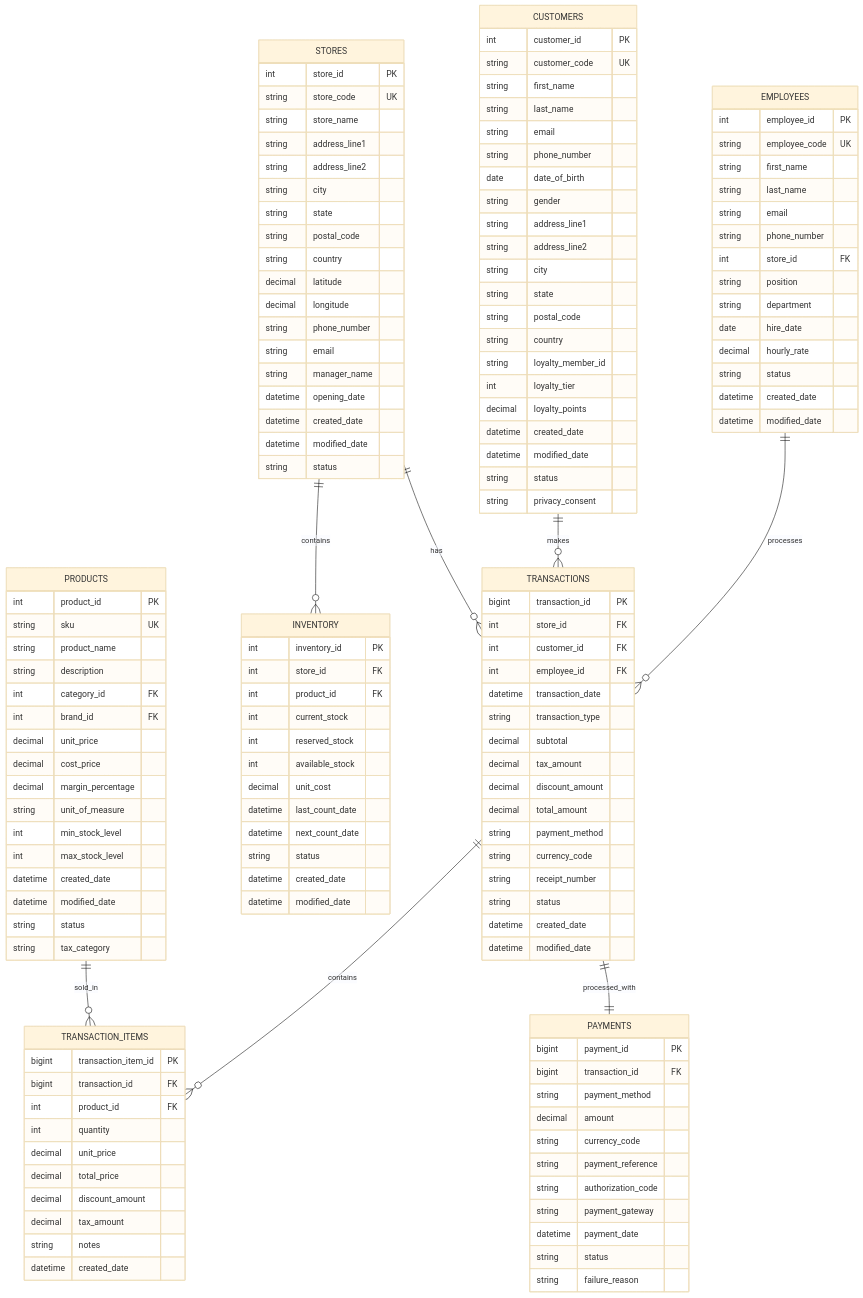
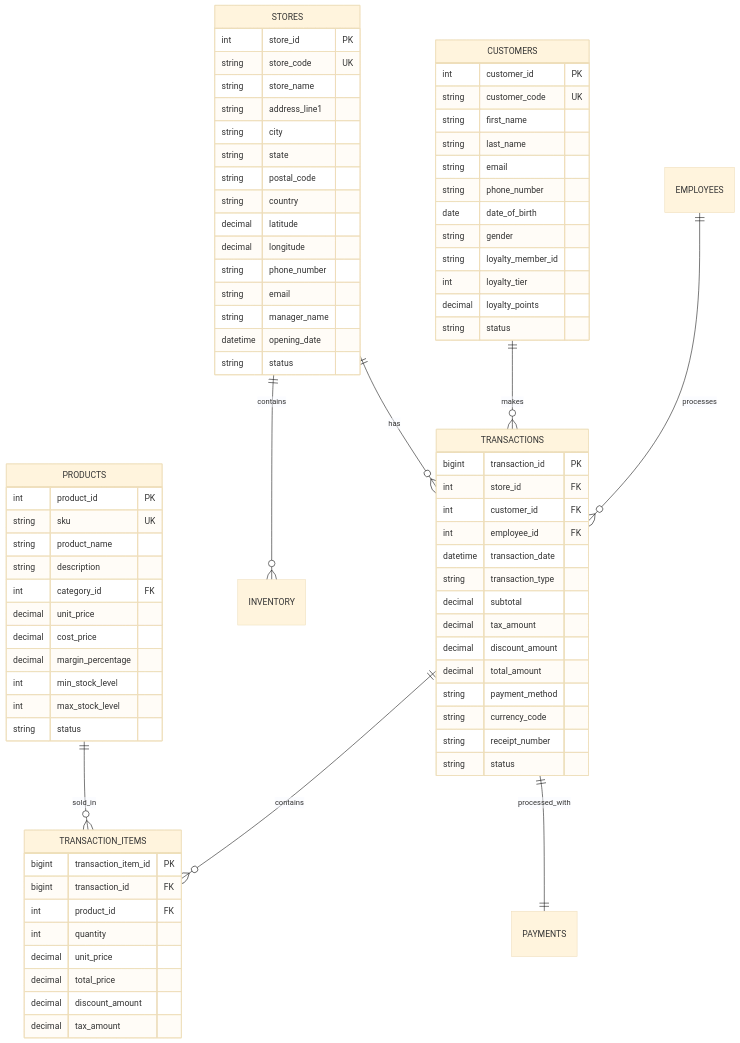
One commit to EdukronCodes/Data-Engineering-Notes changed the third of 13 diagrams in project flow retail.md. Above: the diagram before and after it, drawn with Mermaid (base theme). The commit also changed other lines of this file, not shown here.

Commit message:
Update project flow retail.md

````diff
--- a/project flow retail.md
+++ b/project flow retail.md
@@ -529,7 +270,6 @@
         string store_code UK
         string store_name
         string address_line1
-        string address_line2
         string city
         string state
         string postal_code
@@ -540,8 +280,6 @@
         string email
         string manager_name
         datetime opening_date
-        datetime created_date
-        datetime modified_date
         string status
     }
     
@@ -551,17 +289,12 @@
         string product_name
         string description
         int category_id FK
-        int brand_id FK
         decimal unit_price
         decimal cost_price
         decimal margin_percentage
-        string unit_of_measure
         int min_stock_level
         int max_stock_level
-        datetime created_date
-        datetime modified_date
         string status
-        string tax_category
     }
     
     TRANSACTIONS {
@@ -579,8 +312,6 @@
         string currency_code
         string receipt_number
         string status
-        datetime created_date
-        datetime modified_date
     }
     
     TRANSACTION_ITEMS {
@@ -592,22 +323,6 @@
         decimal total_price
         decimal discount_amount
         decimal tax_amount
-        string notes
-        datetime created_date
-    }
-    
-    PAYMENTS {
-        bigint payment_id PK
-        bigint transaction_id FK
-        string payment_method
-        decimal amount
-        string currency_code
-        string payment_reference
-        string authorization_code
-        string payment_gateway
-        datetime payment_date
-        string status
-        string failure_reason
     }
     
     CUSTOMERS {
@@ -619,50 +334,9 @@
         string phone_number
         date date_of_birth
         string gender
-        string address_line1
-        string address_line2
-        string city
-        string state
-        string postal_code
-        string country
         string loyalty_member_id
         int loyalty_tier
         decimal loyalty_points
-        datetime created_date
-        datetime modified_date
         string status
-        string privacy_consent
-    }
-    
-    EMPLOYEES {
-        int employee_id PK
-        string employee_code UK
-        string first_name
-        string last_name
-        string email
-        string phone_number
-        int store_id FK
-        string position
-        string department
-        date hire_date
-        decimal hourly_rate
-        string status
-        datetime created_date
-        datetime modified_date
-    }
-    
-    INVENTORY {
-        int inventory_id PK
-        int store_id FK
-        int product_id FK
-        int current_stock
-        int reserved_stock
-        int available_stock
-        decimal unit_cost
-        datetime last_count_date
-        datetime next_count_date
-        string status
-        datetime created_date
-        datetime modified_date
     }
 ```
````
